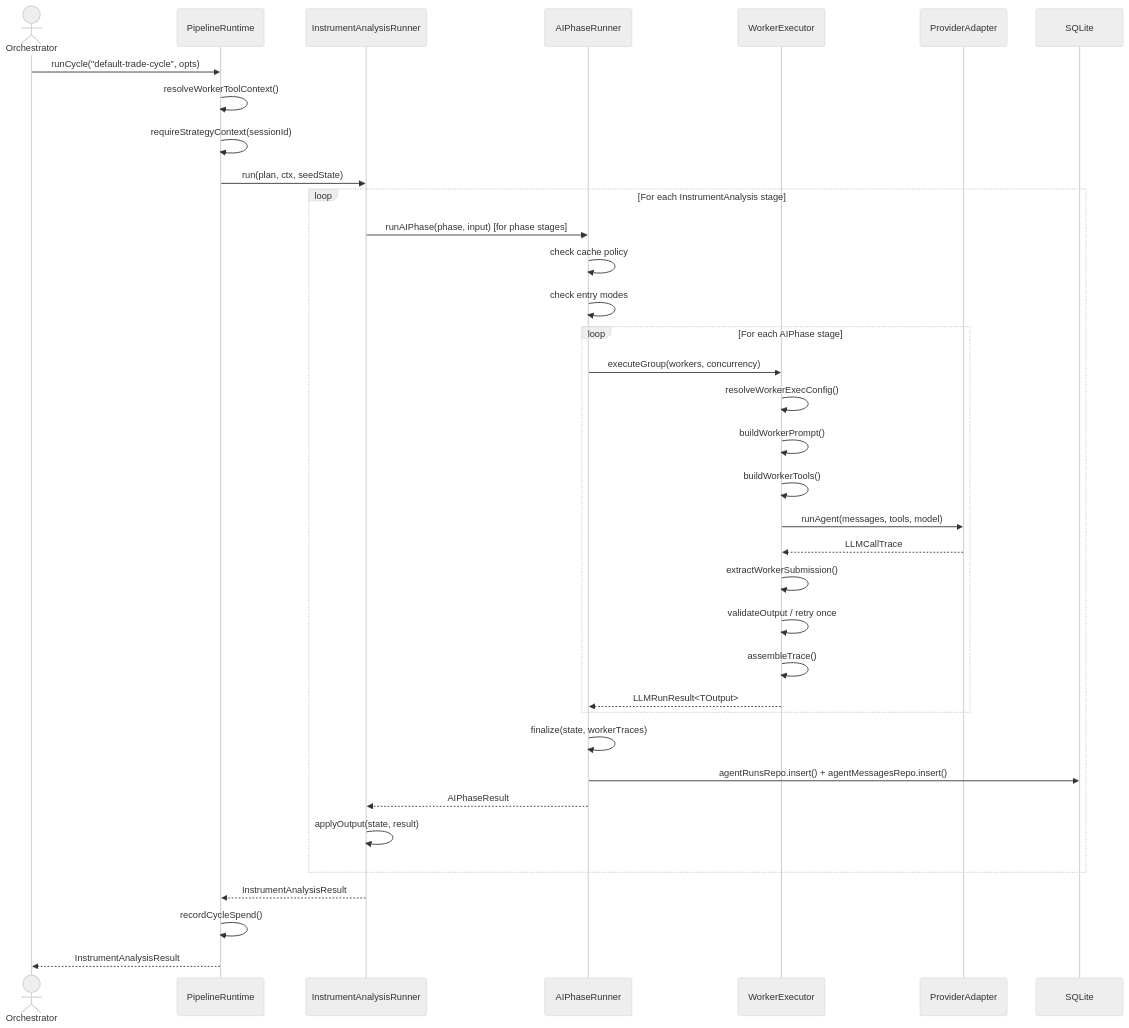
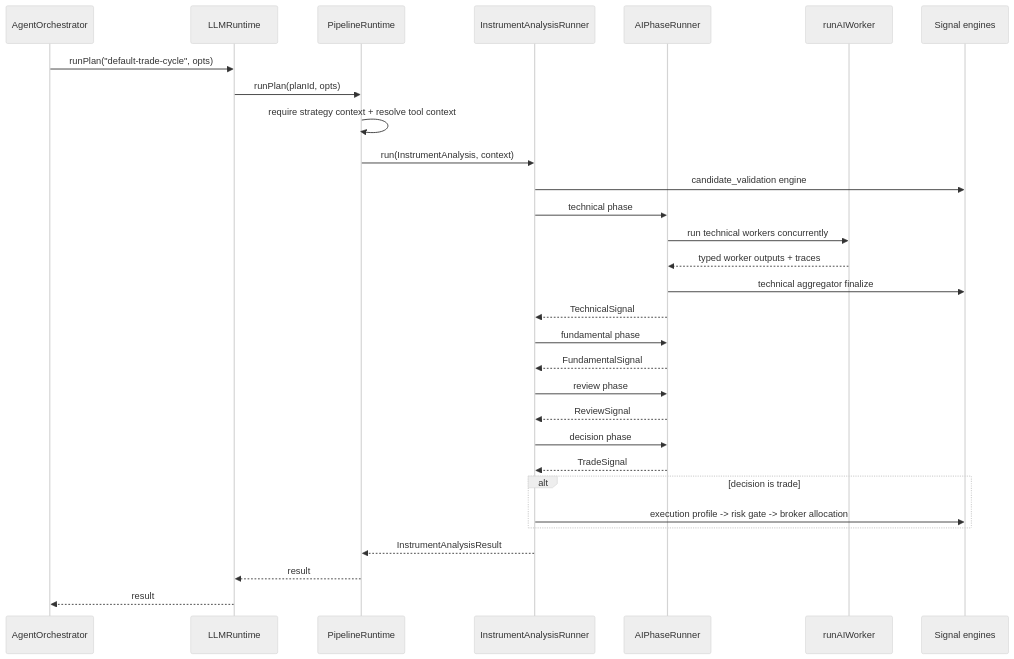
The fourth of 9 diagrams in docs/architecture/pipeline-runtime.md (KennethAtchon/Exva), drawn with Mermaid (neutral theme) before and after one commit. The commit also changed other lines of this file and 11 other files, not shown here.

````diff
--- a/docs/architecture/pipeline-runtime.md
+++ b/docs/architecture/pipeline-runtime.md
@@ -444,41 +197,33 @@
 ```mermaid
 sequenceDiagram
-    actor Orchestrator
+    participant Orch as AgentOrchestrator
+    participant LLM as LLMRuntime
     participant PR as PipelineRuntime
-    participant CPI as InstrumentAnalysisRunner
-    participant PPI as AIPhaseRunner
-    participant WE as WorkerExecutor
-    participant PROV as ProviderAdapter
-    participant DB as SQLite
+    participant Runner as InstrumentAnalysisRunner
+    participant Phase as AIPhaseRunner
+    participant Worker as runAIWorker
+    participant Signal as Signal engines
 
-    Orchestrator->>PR: runCycle("default-trade-cycle", opts)
-    PR->>PR: resolveWorkerToolContext()
-    PR->>PR: requireStrategyContext(sessionId)
-    PR->>CPI: run(plan, ctx, seedState)
-
-    loop For each InstrumentAnalysis stage
-        CPI->>PPI: runAIPhase(phase, input) [for phase stages]
-        PPI->>PPI: check cache policy
-        PPI->>PPI: check entry modes
-        loop For each AIPhase stage
-            PPI->>WE: executeGroup(workers, concurrency)
-            WE->>WE: resolveWorkerExecConfig()
-            WE->>WE: buildWorkerPrompt()
-            WE->>WE: buildWorkerTools()
-            WE->>PROV: runAgent(messages, tools, model)
-            PROV-->>WE: LLMCallTrace
-            WE->>WE: extractWorkerSubmission()
-            WE->>WE: validateOutput / retry once
-            WE->>WE: assembleTrace()
-            WE-->>PPI: LLMRunResult<TOutput>
-        end
-        PPI->>PPI: finalize(state, workerTraces)
-        PPI->>DB: agentRunsRepo.insert() + agentMessagesRepo.insert()
-        PPI-->>CPI: AIPhaseResult
-        CPI->>CPI: applyOutput(state, result)
+    Orch->>LLM: runPlan("default-trade-cycle", opts)
+    LLM->>PR: runPlan(planId, opts)
+    PR->>PR: require strategy context + resolve tool context
+    PR->>Runner: run(InstrumentAnalysis, context)
+    Runner->>Signal: candidate_validation engine
+    Runner->>Phase: technical phase
+    Phase->>Worker: run technical workers concurrently
+    Worker-->>Phase: typed worker outputs + traces
+    Phase->>Signal: technical aggregator finalize
+    Phase-->>Runner: TechnicalSignal
+    Runner->>Phase: fundamental phase
+    Phase-->>Runner: FundamentalSignal
+    Runner->>Phase: review phase
+    Phase-->>Runner: ReviewSignal
+    Runner->>Phase: decision phase
+    Phase-->>Runner: TradeSignal
+    alt decision is trade
+        Runner->>Signal: execution profile -> risk gate -> broker allocation
     end
-
-    CPI-->>PR: InstrumentAnalysisResult
-    PR->>PR: recordCycleSpend()
-    PR-->>Orchestrator: InstrumentAnalysisResult
+    Runner-->>PR: InstrumentAnalysisResult
+    PR-->>LLM: result
+    LLM-->>Orch: result
 ```
````
